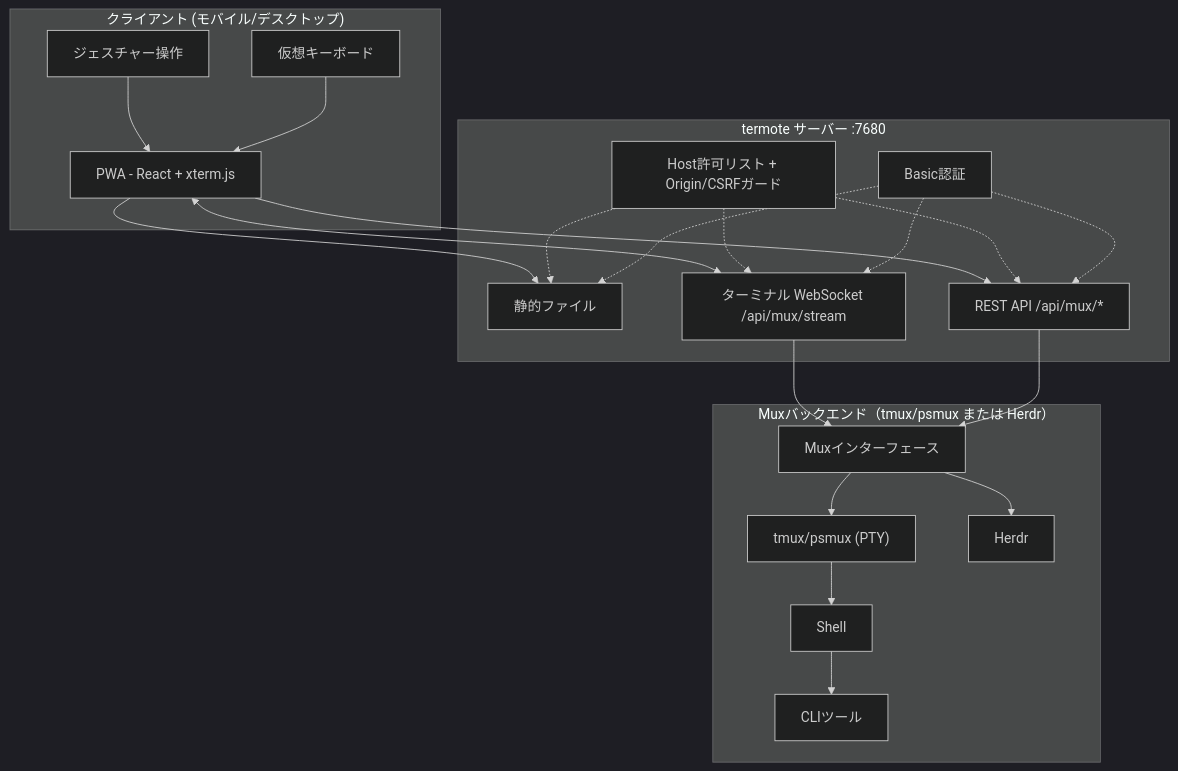
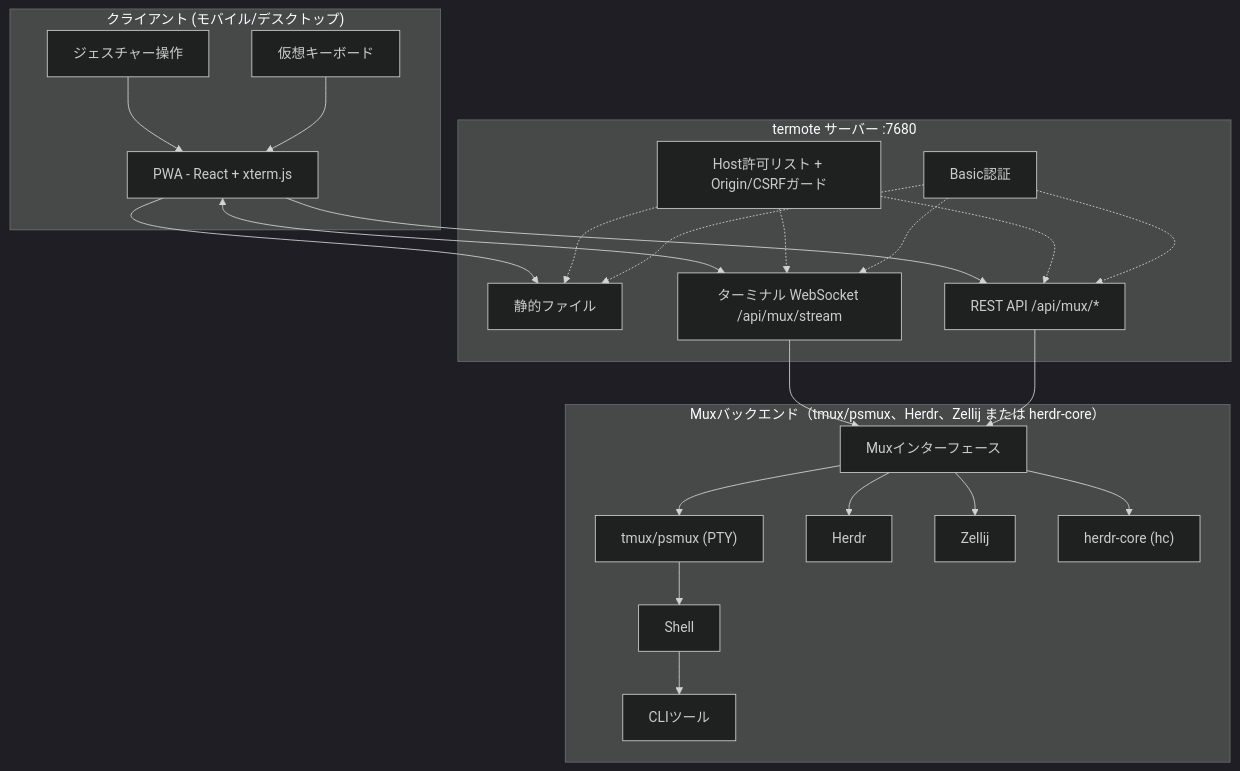
One commit to lamngockhuong/termote changed the first of 2 diagrams in README.ja.md. Above: the diagram before and after it, drawn with Mermaid (dark theme). The commit also changed other lines of this file and 14 other files, not shown here.

````diff
--- a/README.ja.md
+++ b/README.ja.md
@@ -89,36 +91,38 @@
 ```mermaid
 flowchart TB
     subgraph Client["クライアント (モバイル/デスクトップ)"]
         PWA["PWA - React + xterm.js"]
         Gestures["ジェスチャー操作"]
         Keyboard["仮想キーボード"]
     end
 
     subgraph Server["termote サーバー :7680"]
         Static["静的ファイル"]
         Stream["ターミナル WebSocket /api/mux/stream"]
         API["REST API /api/mux/*"]
         Guard["Host許可リスト + Origin/CSRFガード"]
         Auth["Basic認証"]
     end
 
-    subgraph Backend["Muxバックエンド（tmux/psmux または Herdr）"]
+    subgraph Backend["Muxバックエンド（tmux/psmux、Herdr、Zellij または herdr-core）"]
         Mux["Muxインターフェース"]
         tmux["tmux/psmux (PTY)"]
         herdr["Herdr"]
+        zellij["Zellij"]
+        hc["herdr-core (hc)"]
         Shell["Shell"]
         Tools["CLIツール"]
     end
 
     Gestures --> PWA
     Keyboard --> PWA
     PWA --> Static
     PWA <--> Stream
     PWA --> API
     Guard -.-> Static & Stream & API
     Auth -.-> Static & Stream & API
     Stream --> Mux
     API --> Mux
-    Mux --> tmux & herdr
+    Mux --> tmux & herdr & zellij & hc
     tmux --> Shell --> Tools
 ```
````
